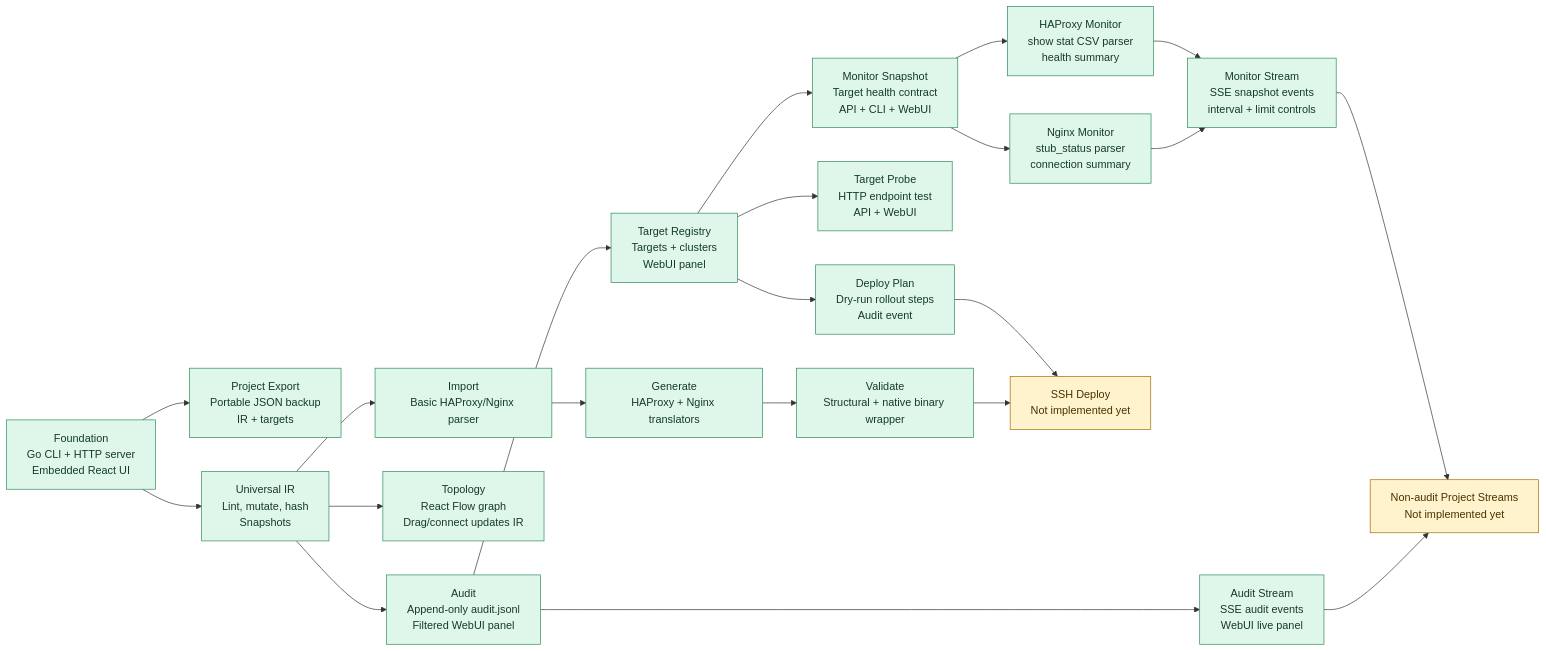
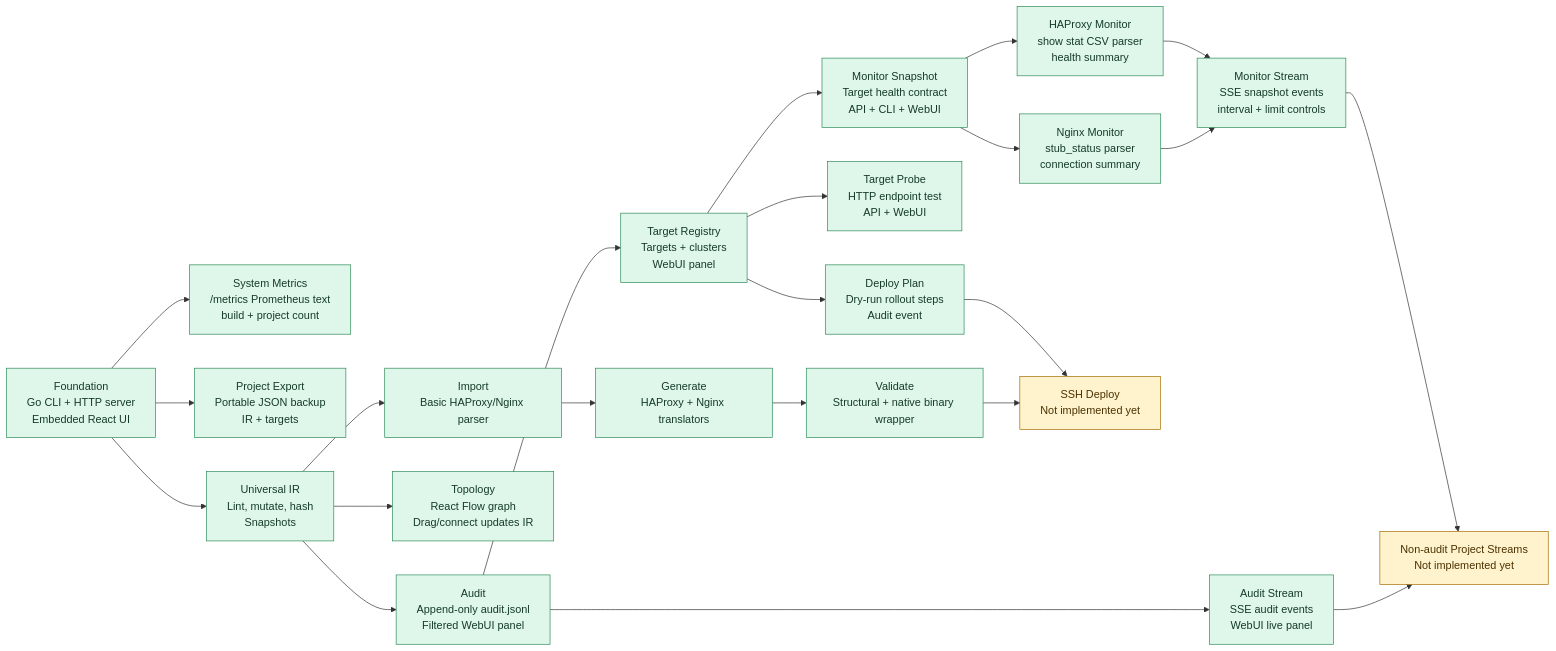
The first of 19 diagrams in ARCHITECTURE.md (ersinkoc/Mizan), drawn with Mermaid before and after one commit. The commit also changed other lines of this file and 5 other files, not shown here.

Commit message:
Add system metrics endpoint

````diff
--- a/ARCHITECTURE.md
+++ b/ARCHITECTURE.md
@@ -7,42 +7,44 @@
 ```mermaid
 flowchart LR
   Foundation["Foundation\nGo CLI + HTTP server\nEmbedded React UI"]:::done
+  Metrics["System Metrics\n/metrics Prometheus text\nbuild + project count"]:::done
   ProjectExport["Project Export\nPortable JSON backup\nIR + targets"]:::done
   IR["Universal IR\nLint, mutate, hash\nSnapshots"]:::done
   Import["Import\nBasic HAProxy/Nginx parser"]:::done
   Generate["Generate\nHAProxy + Nginx translators"]:::done
   Validate["Validate\nStructural + native binary wrapper"]:::done
   Topology["Topology\nReact Flow graph\nDrag/connect updates IR"]:::done
   Audit["Audit\nAppend-only audit.jsonl\nFiltered WebUI panel"]:::done
   AuditStream["Audit Stream\nSSE audit events\nWebUI live panel"]:::done
   Targets["Target Registry\nTargets + clusters\nWebUI panel"]:::done
   TargetProbe["Target Probe\nHTTP endpoint test\nAPI + WebUI"]:::done
   DeployPlan["Deploy Plan\nDry-run rollout steps\nAudit event"]:::done
   MonitorBase["Monitor Snapshot\nTarget health contract\nAPI + CLI + WebUI"]:::done
   HAProxyMonitor["HAProxy Monitor\nshow stat CSV parser\nhealth summary"]:::done
   NginxMonitor["Nginx Monitor\nstub_status parser\nconnection summary"]:::done
   MonitorStream["Monitor Stream\nSSE snapshot events\ninterval + limit controls"]:::done
   Deploy["SSH Deploy\nNot implemented yet"]:::todo
   ProjectStream["Non-audit Project Streams\nNot implemented yet"]:::todo
 
+  Foundation --> Metrics
   Foundation --> ProjectExport
   Foundation --> IR --> Import --> Generate --> Validate
   IR --> Topology
   IR --> Audit
   Audit --> AuditStream
   Audit --> Targets
   Targets --> TargetProbe
   Targets --> DeployPlan
   DeployPlan --> Deploy
   Validate --> Deploy
   Targets --> MonitorBase
   MonitorBase --> HAProxyMonitor
   MonitorBase --> NginxMonitor
   HAProxyMonitor --> MonitorStream
   NginxMonitor --> MonitorStream
   MonitorStream --> ProjectStream
   AuditStream --> ProjectStream
 
   classDef done fill:#dff7ea,stroke:#2b8a57,color:#153b27;
   classDef todo fill:#fff3cd,stroke:#a36b00,color:#4a3100;
 ```
````
